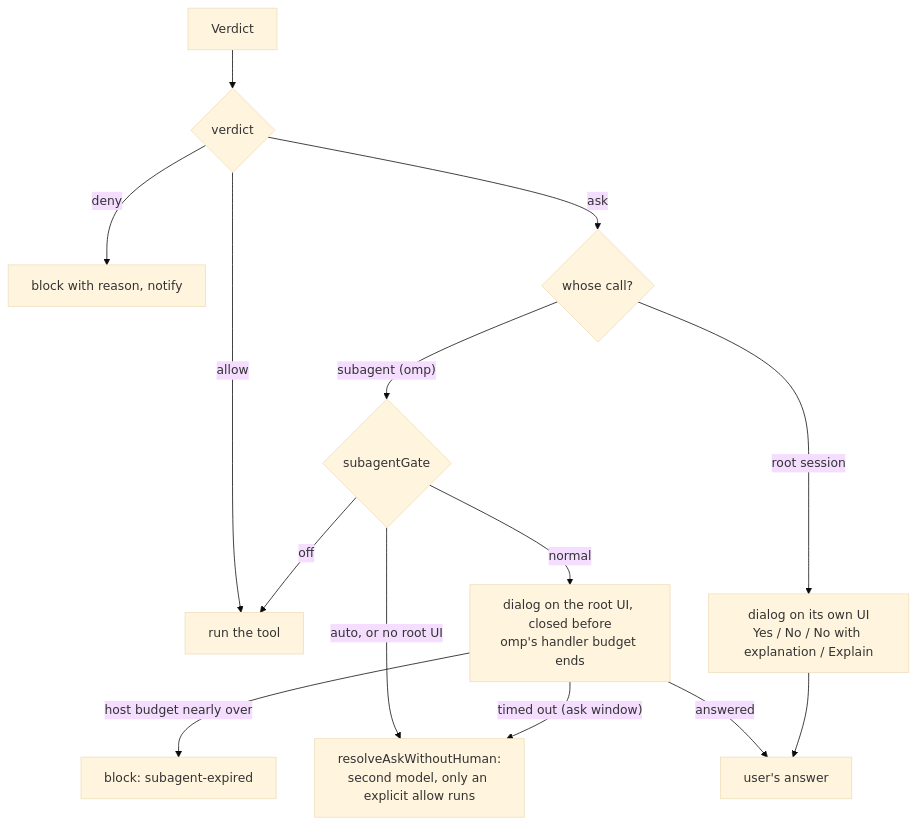
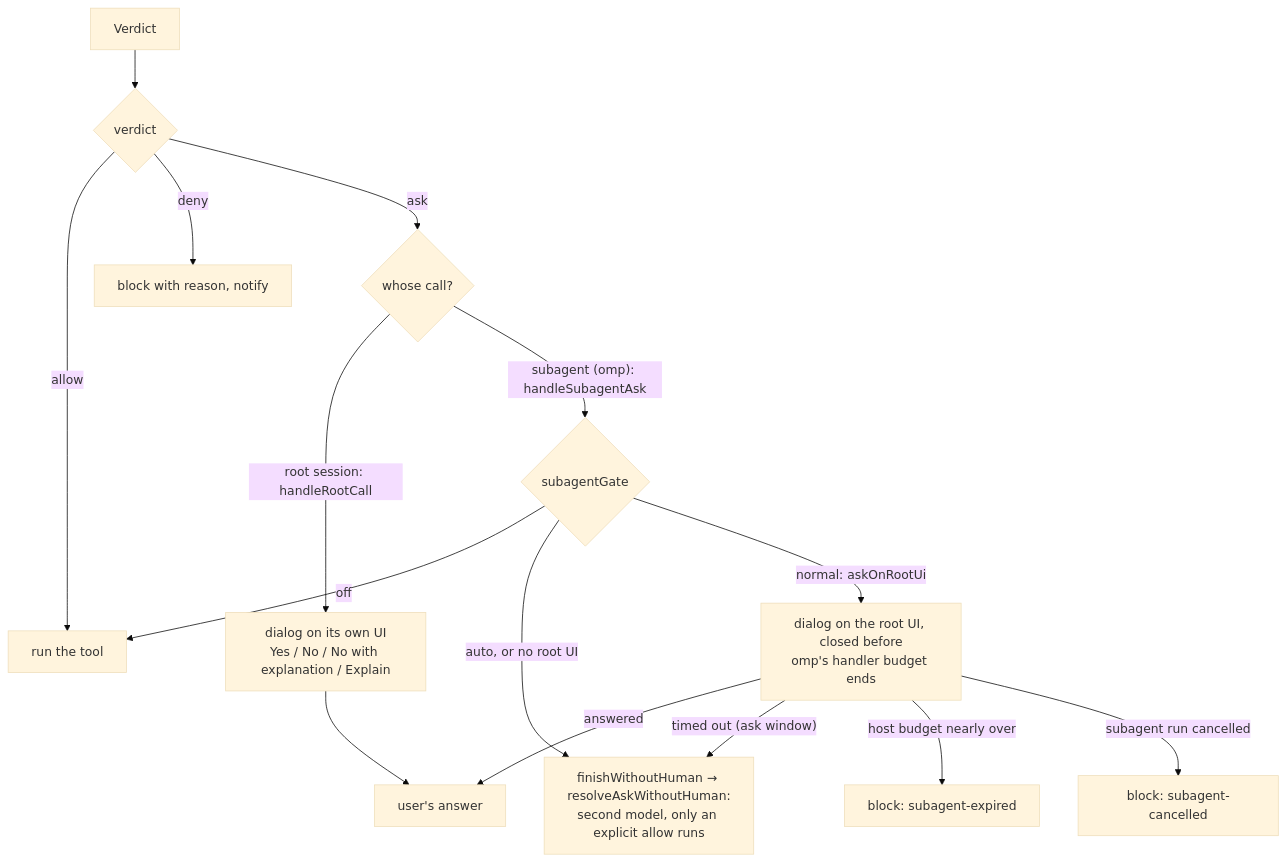
Before and after one commit to jonatsu/pi-verdict: the fourth of 5 diagrams in docs/architecture.md, drawn with Mermaid (base theme). The commit also changed other lines of this file, not shown here.

First line of the commit message:
docs(architecture): describe the split handler and host modules

````diff
--- a/docs/architecture.md
+++ b/docs/architecture.md
@@ -156,16 +163,17 @@
 ```mermaid
 flowchart TD
   V[Verdict] --> Kind{verdict}
   Kind -->|allow| Run[run the tool]
   Kind -->|deny| Block[block with reason, notify]
   Kind -->|ask| Who{whose call?}
-  Who -->|root session| Dialog["dialog on its own UI<br/>Yes / No / No with explanation / Explain"]
-  Who -->|"subagent (omp)"| Gate{subagentGate}
+  Who -->|"root session: handleRootCall"| Dialog["dialog on its own UI<br/>Yes / No / No with explanation / Explain"]
+  Who -->|"subagent (omp): handleSubagentAsk"| Gate{subagentGate}
   Gate -->|off| Run
-  Gate -->|auto, or no root UI| Second["resolveAskWithoutHuman:<br/>second model, only an explicit allow runs"]
-  Gate -->|normal| RootDialog["dialog on the root UI, closed before<br/>omp's handler budget ends"]
+  Gate -->|auto, or no root UI| Second["finishWithoutHuman → resolveAskWithoutHuman:<br/>second model, only an explicit allow runs"]
+  Gate -->|"normal: askOnRootUi"| RootDialog["dialog on the root UI, closed before<br/>omp's handler budget ends"]
   RootDialog -->|answered| Answer[user's answer]
   RootDialog -->|"timed out (ask window)"| Second
   RootDialog -->|host budget nearly over| Expired[block: subagent-expired]
+  RootDialog -->|subagent run cancelled| Cancelled[block: subagent-cancelled]
   Dialog --> Answer
 ```
````
